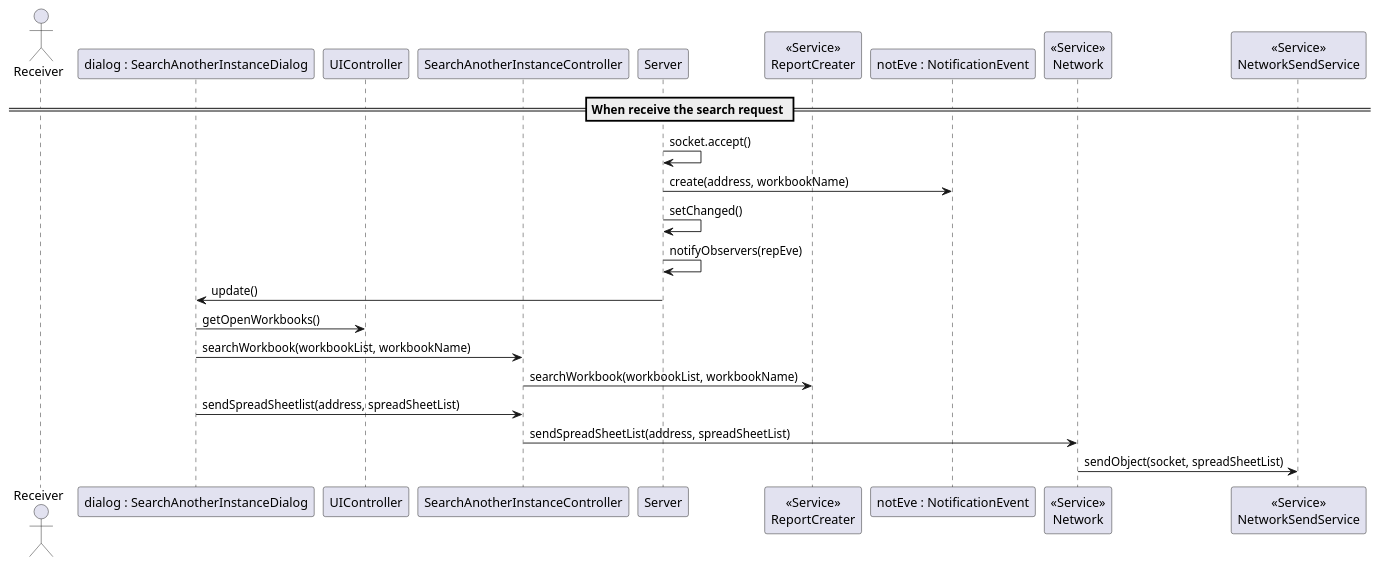
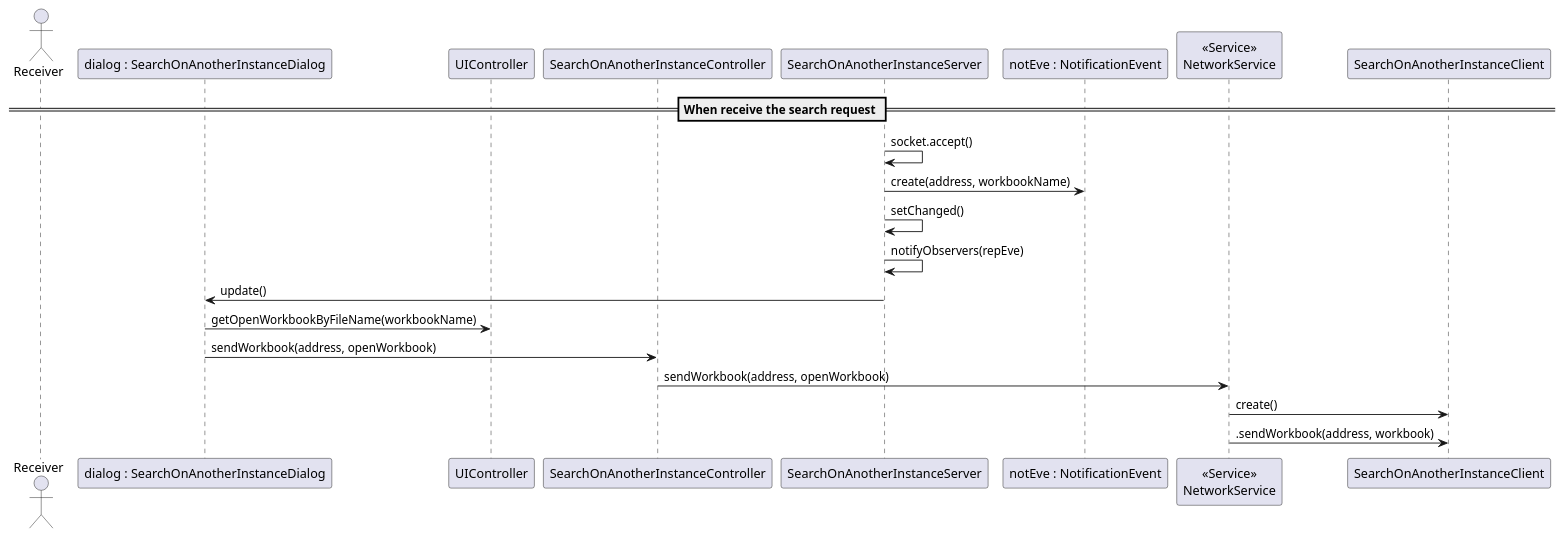
One commit to 1130348/Confusao changed the diagram in src/csheets/userstories/ipc03_01/search_on_another_instance/i130419/sequence_diagram_receiver.puml. Above: the diagram before and after it, drawn with PlantUML. The commit also changed 6 other files, not shown here.

```diff
--- a/src/csheets/userstories/ipc03_01/search_on_another_instance/i130419/sequence_diagram_receiver.puml
+++ b/src/csheets/userstories/ipc03_01/search_on_another_instance/i130419/sequence_diagram_receiver.puml
@@ -1,23 +1,21 @@
 @startuml doc-files/sequence_diagram_receiver.png
 actor Receiver as user
-participant "dialog : SearchAnotherInstanceDialog" as said
+participant "dialog : SearchOnAnotherInstanceDialog" as said
 participant "UIController" as uic
-participant "SearchAnotherInstanceController" as saic
-participant "Server" as serv
-participant "<<Service>>\nReportCreater" as repCrea
+participant "SearchOnAnotherInstanceController" as saic
+participant "SearchOnAnotherInstanceServer" as serv
 participant "notEve : NotificationEvent" as notEve
-participant "<<Service>>\nNetwork" as net
-participant "<<Service>>\nNetworkSendService" as netSen
+participant "<<Service>>\nNetworkService" as net
+participant "SearchOnAnotherInstanceClient" as soaic
 == When receive the search request ==
 serv -> serv : socket.accept()
 serv -> notEve : create(address, workbookName)
 serv -> serv : setChanged()
 serv -> serv : notifyObservers(repEve)
 serv -> said : update()
-said -> uic : getOpenWorkbooks()
-said -> saic : searchWorkbook(workbookList, workbookName)
-saic -> repCrea : searchWorkbook(workbookList, workbookName)
-said -> saic : sendSpreadSheetlist(address, spreadSheetList)
-saic -> net : sendSpreadSheetList(address, spreadSheetList)
-net -> netSen : sendObject(socket, spreadSheetList)
+said -> uic : getOpenWorkbookByFileName(workbookName)
+said -> saic : sendWorkbook(address, openWorkbook)
+saic -> net : sendWorkbook(address, openWorkbook)
+net -> soaic : create()
+net -> soaic : .sendWorkbook(address, workbook)
 @enduml
```
